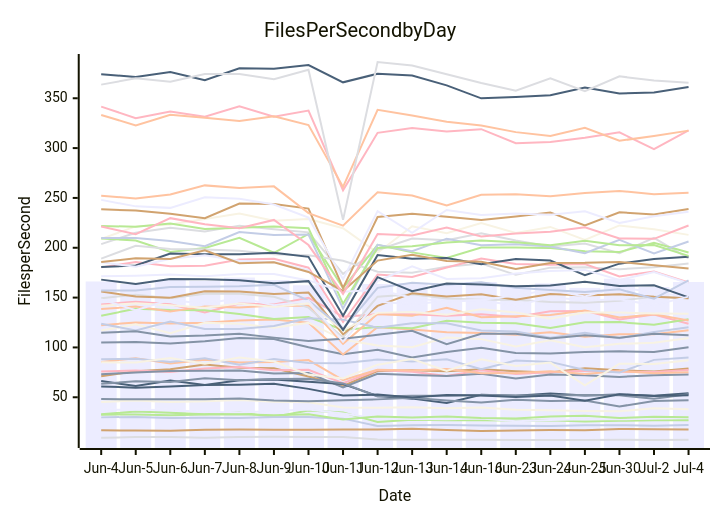
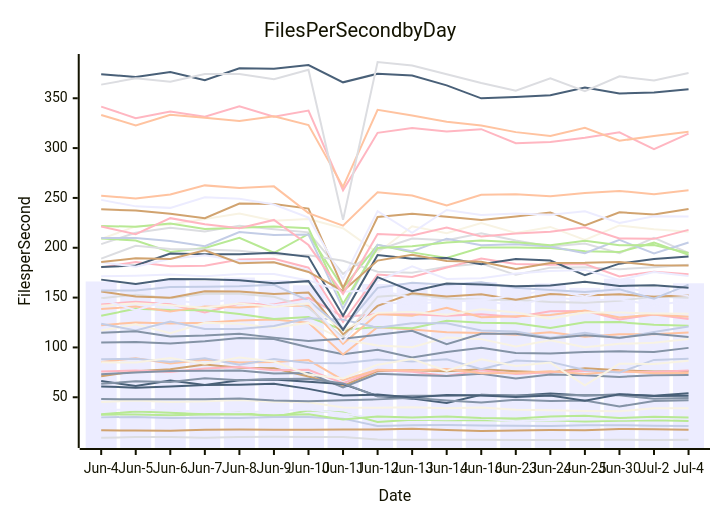
The diagram in perf-report.md (streetsidesoftware/cspell), drawn with Mermaid before and after one commit. The commit also changed other lines of this file and 1 other file, not shown here.

````diff
--- a/perf-report.md
+++ b/perf-report.md
@@ -10,57 +10,57 @@
 ```mermaid
 xychart-beta
     title Files Per Second by Day
     y-axis Files per Second
     x-axis Date [Jun-4, Jun-5, Jun-6, Jun-7, Jun-8, Jun-9, Jun-10, Jun-11, Jun-12, Jun-13, Jun-14, Jun-16, Jun-23, Jun-24, Jun-25, Jun-30, Jul-2, Jul-4]
-    bar [166.18, 163.49, 167.64, 166.67, 170.13, 167.55, 162.35, 108.94, 163.62, 164.52, 162.91, 165.65, 161.06, 164.28, 159.75, 168.95, 160.66, 165.65]
-    line [104.91, 105.40, 103.85, 106.22, 109.49, 108.40, 100.17, 93.09, 97.72, 89.92, 95.33, 99.63, 94.35, 94.02, 95.44, 96.15, 95.34, 100.21]
-    line [122.32, 125.12, 124.06, 124.88, 126.90, 127.99, 124.73, 92.95, 120.36, 118.07, 115.35, 114.38, 112.71, 115.12, 110.67, 113.20, 113.18, 117.12]
-    line [9.28, 10.06, 10.19, 9.49, 10.16, 10.41, 10.23, 10.15, 7.58, 7.35, 7.42, 7.28, 7.12, 7.22, 7.17, 7.37, 7.23, 7.48]
-    line [32.93, 35.76, 34.34, 33.08, 34.79, 30.45, 36.74, 34.61, 25.22, 27.49, 26.99, 26.84, 26.60, 26.95, 25.71, 26.35, 26.84, 26.87]
-    line [71.14, 76.14, 78.15, 82.81, 79.64, 79.01, 70.82, 61.30, 76.37, 77.13, 76.03, 78.06, 76.22, 74.88, 79.14, 76.99, 75.88, 78.97]
-    line [29.82, 30.31, 29.19, 29.49, 29.31, 30.11, 30.11, 28.55, 21.08, 22.04, 22.18, 21.66, 21.30, 21.15, 22.00, 21.90, 21.51, 22.23]
-    line [75.74, 76.85, 75.23, 78.81, 80.33, 77.10, 77.48, 64.05, 77.39, 75.61, 71.46, 77.16, 73.34, 75.14, 76.59, 75.51, 75.45, 77.33]
-    line [373.98, 371.38, 376.26, 368.01, 380.10, 379.55, 383.29, 365.99, 374.63, 372.72, 362.93, 349.94, 351.35, 353.13, 360.69, 354.83, 355.80, 361.35]
-    line [208.94, 221.41, 223.40, 228.84, 234.29, 227.02, 228.77, 219.57, 195.02, 221.53, 214.60, 224.77, 214.79, 220.92, 207.92, 222.39, 218.49, 212.92]
-    line [37.31, 37.44, 37.24, 35.30, 34.77, 36.25, 37.82, 33.71, 28.61, 28.16, 28.05, 28.76, 25.82, 27.29, 28.03, 27.82, 28.74, 29.25]
-    line [73.11, 74.81, 76.32, 76.71, 76.80, 73.74, 74.27, 59.93, 73.62, 72.46, 71.40, 73.58, 68.82, 72.77, 72.13, 70.38, 72.17, 72.77]
-    line [85.47, 89.21, 83.88, 87.59, 84.94, 85.33, 87.27, 67.23, 77.70, 76.81, 78.39, 74.00, 74.26, 76.13, 73.45, 76.23, 74.07, 75.16]
-    line [203.68, 215.12, 220.07, 216.34, 222.20, 218.63, 215.45, 173.74, 197.78, 209.33, 207.61, 214.45, 207.28, 201.26, 204.34, 194.65, 210.00, 189.35]
-    line [209.34, 207.30, 195.72, 199.83, 209.95, 194.96, 213.85, 159.52, 202.89, 195.38, 189.84, 200.33, 200.19, 199.73, 196.39, 195.67, 205.11, 195.27]
-    line [238.54, 237.31, 234.14, 229.58, 244.42, 243.79, 239.33, 159.65, 230.81, 234.11, 231.13, 227.87, 231.36, 235.26, 222.40, 235.59, 233.45, 238.83]
-    line [88.02, 88.72, 85.27, 89.11, 82.67, 88.45, 84.36, 84.11, 87.88, 85.81, 88.09, 78.16, 86.88, 85.49, 77.34, 74.76, 87.51, 89.86]
-    line [143.16, 145.94, 143.30, 134.96, 144.03, 143.02, 149.83, 130.69, 133.43, 133.31, 131.91, 133.18, 130.59, 136.24, 136.67, 127.99, 132.91, 123.67]
-    line [66.39, 61.22, 66.87, 62.38, 67.14, 67.89, 65.57, 63.26, 51.25, 48.63, 44.36, 52.41, 51.44, 53.68, 51.84, 52.69, 51.50, 54.05]
-    line [116.92, 123.22, 114.34, 124.65, 123.68, 119.64, 124.80, 107.83, 101.96, 100.16, 109.91, 108.33, 100.84, 107.27, 100.09, 103.62, 104.63, 109.46]
-    line [248.05, 241.53, 240.02, 250.72, 249.07, 243.35, 230.21, 168.52, 236.78, 215.01, 237.87, 232.93, 234.34, 233.01, 236.58, 224.78, 231.59, 236.06]
-    line [63.49, 66.01, 65.37, 69.17, 67.00, 68.40, 68.60, 63.88, 50.72, 51.41, 51.47, 52.39, 51.73, 51.82, 52.39, 52.00, 48.43, 53.00]
-    line [252.30, 249.54, 253.41, 262.59, 260.07, 261.63, 234.80, 222.16, 255.69, 252.37, 242.53, 253.26, 253.77, 251.67, 255.05, 257.07, 253.64, 255.15]
-    line [189.06, 201.96, 198.84, 198.16, 197.09, 193.40, 192.55, 186.93, 176.04, 174.92, 181.06, 184.11, 172.84, 180.05, 180.38, 178.52, 180.47, 184.19]
-    line [131.72, 138.89, 137.60, 137.33, 133.44, 128.55, 130.54, 117.59, 120.60, 119.36, 126.68, 124.68, 124.29, 119.55, 125.16, 125.39, 122.70, 128.33]
-    line [16.78, 16.53, 16.44, 17.51, 17.66, 17.41, 17.50, 17.71, 17.68, 18.34, 17.12, 16.25, 16.59, 17.11, 17.00, 18.16, 17.94, 17.60]
-    line [209.74, 209.84, 206.76, 201.57, 215.78, 212.77, 213.18, 139.00, 202.99, 196.51, 209.12, 202.60, 203.46, 201.26, 194.60, 207.89, 194.40, 206.30]
-    line [180.33, 185.60, 181.36, 181.92, 188.23, 188.91, 180.00, 125.49, 173.22, 170.75, 180.24, 189.10, 183.71, 182.95, 183.62, 171.28, 176.05, 165.17]
-    line [180.81, 182.21, 194.17, 193.46, 193.48, 195.01, 190.90, 131.77, 192.67, 189.08, 189.64, 183.39, 188.80, 187.17, 172.53, 184.06, 188.67, 191.08]
-    line [45.18, 46.69, 45.37, 46.01, 47.36, 45.48, 45.06, 39.72, 39.47, 40.00, 39.07, 39.70, 37.48, 36.99, 36.10, 35.86, 38.94, 37.99]
-    line [185.43, 180.94, 188.95, 192.45, 187.05, 185.74, 177.64, 118.63, 166.53, 181.43, 168.60, 169.42, 174.24, 176.57, 177.80, 167.68, 175.75, 164.40]
-    line [48.30, 47.93, 47.89, 48.02, 48.77, 46.64, 45.94, 46.92, 47.88, 49.42, 46.70, 44.72, 47.61, 46.18, 46.86, 40.79, 46.17, 46.96]
-    line [138.53, 141.10, 136.12, 141.18, 140.04, 142.05, 141.88, 103.59, 133.58, 131.67, 139.76, 130.35, 131.39, 132.60, 136.92, 129.95, 133.16, 126.99]
-    line [149.33, 152.93, 149.35, 153.74, 153.91, 150.81, 139.91, 110.07, 150.95, 153.45, 149.19, 147.76, 147.78, 145.47, 144.87, 146.87, 151.06, 149.11]
-    line [221.77, 221.19, 224.37, 218.89, 220.13, 221.21, 219.70, 143.90, 199.78, 201.47, 205.17, 207.22, 205.60, 202.43, 207.02, 202.54, 202.72, 191.83]
-    line [156.03, 151.19, 149.91, 156.27, 156.23, 153.60, 155.11, 113.07, 141.70, 154.36, 151.21, 153.33, 147.83, 153.51, 152.15, 153.26, 150.82, 149.42]
-    line [123.79, 117.07, 125.94, 118.40, 118.39, 121.53, 129.30, 127.90, 119.77, 124.29, 124.35, 117.01, 116.01, 109.65, 114.81, 109.29, 115.47, 120.20]
-    line [341.58, 330.05, 336.69, 331.37, 341.98, 331.53, 337.68, 257.72, 315.29, 320.05, 316.70, 318.97, 304.83, 306.07, 310.41, 315.81, 298.93, 317.87]
-    line [60.87, 59.62, 60.76, 62.31, 62.61, 63.50, 58.41, 51.82, 52.68, 49.85, 52.20, 51.85, 50.23, 51.87, 46.40, 53.06, 51.19, 52.05]
-    line [141.73, 144.23, 142.34, 139.73, 144.07, 140.57, 144.39, 117.16, 134.67, 135.55, 132.71, 138.18, 135.01, 128.78, 135.00, 135.05, 134.05, 133.68]
-    line [171.41, 171.98, 173.13, 171.37, 173.71, 173.55, 167.26, 155.87, 157.93, 149.82, 145.84, 147.63, 152.29, 157.67, 151.07, 160.69, 154.94, 151.39]
-    line [114.82, 116.20, 110.99, 111.90, 113.82, 109.84, 106.42, 108.66, 112.63, 116.73, 103.14, 113.74, 113.71, 108.86, 112.34, 109.73, 113.68, 112.34]
-    line [333.26, 322.71, 333.34, 330.40, 327.16, 331.90, 323.14, 261.07, 338.35, 332.69, 326.37, 322.64, 316.02, 312.10, 320.45, 307.34, 312.08, 317.53]
-    line [363.68, 370.07, 366.52, 374.25, 374.25, 369.07, 378.68, 227.98, 386.38, 382.81, 374.09, 365.35, 357.60, 370.08, 357.07, 371.96, 367.90, 365.47]
-    line [32.51, 32.67, 32.05, 32.77, 33.08, 31.95, 32.91, 27.58, 30.74, 29.76, 30.63, 29.07, 28.80, 30.64, 31.41, 29.25, 30.37, 29.89]
-    line [185.74, 189.51, 188.80, 197.42, 184.56, 185.39, 175.70, 156.70, 187.10, 192.94, 186.79, 186.02, 178.80, 184.67, 184.84, 185.79, 182.56, 179.17]
-    line [157.04, 157.22, 160.62, 160.99, 161.40, 162.90, 146.98, 118.64, 159.81, 164.92, 162.77, 165.48, 159.81, 157.56, 155.70, 158.25, 148.90, 167.35]
-    line [221.25, 213.65, 229.70, 223.48, 219.68, 227.92, 202.72, 153.79, 213.73, 212.23, 220.18, 211.27, 214.37, 216.02, 220.47, 209.37, 208.94, 222.33]
-    line [168.03, 163.74, 168.68, 168.50, 167.45, 164.46, 166.51, 117.60, 170.47, 156.38, 164.16, 163.15, 161.29, 162.24, 165.87, 161.72, 162.26, 150.17]
-    line [85.09, 84.81, 89.37, 83.72, 89.94, 85.93, 72.73, 68.90, 82.72, 88.26, 76.41, 88.08, 81.29, 84.76, 61.88, 83.73, 83.48, 87.22]
-    line [148.06, 137.39, 147.79, 143.52, 149.79, 142.40, 146.80, 105.67, 145.87, 143.36, 146.61, 147.23, 141.81, 150.65, 147.20, 148.34, 142.33, 150.97]
+    bar [166.18, 163.49, 167.64, 166.67, 170.13, 167.55, 162.35, 108.94, 163.62, 164.52, 162.91, 165.65, 161.06, 164.28, 159.75, 168.95, 160.66, 164.38]
+    line [104.91, 105.40, 103.85, 106.22, 109.49, 108.40, 100.17, 93.09, 97.72, 89.92, 95.33, 99.63, 94.35, 94.02, 95.44, 96.15, 95.34, 99.55]
+    line [122.32, 125.12, 124.06, 124.88, 126.90, 127.99, 124.73, 92.95, 120.36, 118.07, 115.35, 114.38, 112.71, 115.12, 110.67, 113.20, 113.18, 115.07]
+    line [9.28, 10.06, 10.19, 9.49, 10.16, 10.41, 10.23, 10.15, 7.58, 7.35, 7.42, 7.28, 7.12, 7.22, 7.17, 7.37, 7.23, 7.36]
+    line [32.93, 35.76, 34.34, 33.08, 34.79, 30.45, 36.74, 34.61, 25.22, 27.49, 26.99, 26.84, 26.60, 26.95, 25.71, 26.35, 26.84, 26.11]
+    line [71.14, 76.14, 78.15, 82.81, 79.64, 79.01, 70.82, 61.30, 76.37, 77.13, 76.03, 78.06, 76.22, 74.88, 79.14, 76.99, 75.88, 76.09]
+    line [29.82, 30.31, 29.19, 29.49, 29.31, 30.11, 30.11, 28.55, 21.08, 22.04, 22.18, 21.66, 21.30, 21.15, 22.00, 21.90, 21.51, 21.13]
+    line [75.74, 76.85, 75.23, 78.81, 80.33, 77.10, 77.48, 64.05, 77.39, 75.61, 71.46, 77.16, 73.34, 75.14, 76.59, 75.51, 75.45, 76.79]
+    line [373.98, 371.38, 376.26, 368.01, 380.10, 379.55, 383.29, 365.99, 374.63, 372.72, 362.93, 349.94, 351.35, 353.13, 360.69, 354.83, 355.80, 359.03]
+    line [208.94, 221.41, 223.40, 228.84, 234.29, 227.02, 228.77, 219.57, 195.02, 221.53, 214.60, 224.77, 214.79, 220.92, 207.92, 222.39, 218.49, 216.06]
+    line [37.31, 37.44, 37.24, 35.30, 34.77, 36.25, 37.82, 33.71, 28.61, 28.16, 28.05, 28.76, 25.82, 27.29, 28.03, 27.82, 28.74, 29.48]
+    line [73.11, 74.81, 76.32, 76.71, 76.80, 73.74, 74.27, 59.93, 73.62, 72.46, 71.40, 73.58, 68.82, 72.77, 72.13, 70.38, 72.17, 72.40]
+    line [85.47, 89.21, 83.88, 87.59, 84.94, 85.33, 87.27, 67.23, 77.70, 76.81, 78.39, 74.00, 74.26, 76.13, 73.45, 76.23, 74.07, 74.35]
+    line [203.68, 215.12, 220.07, 216.34, 222.20, 218.63, 215.45, 173.74, 197.78, 209.33, 207.61, 214.45, 207.28, 201.26, 204.34, 194.65, 210.00, 194.85]
+    line [209.34, 207.30, 195.72, 199.83, 209.95, 194.96, 213.85, 159.52, 202.89, 195.38, 189.84, 200.33, 200.19, 199.73, 196.39, 195.67, 205.11, 192.90]
+    line [238.54, 237.31, 234.14, 229.58, 244.42, 243.79, 239.33, 159.65, 230.81, 234.11, 231.13, 227.87, 231.36, 235.26, 222.40, 235.59, 233.45, 238.97]
+    line [88.02, 88.72, 85.27, 89.11, 82.67, 88.45, 84.36, 84.11, 87.88, 85.81, 88.09, 78.16, 86.88, 85.49, 77.34, 74.76, 87.51, 88.59]
+    line [143.16, 145.94, 143.30, 134.96, 144.03, 143.02, 149.83, 130.69, 133.43, 133.31, 131.91, 133.18, 130.59, 136.24, 136.67, 127.99, 132.91, 128.52]
+    line [66.39, 61.22, 66.87, 62.38, 67.14, 67.89, 65.57, 63.26, 51.25, 48.63, 44.36, 52.41, 51.44, 53.68, 51.84, 52.69, 51.50, 53.98]
+    line [116.92, 123.22, 114.34, 124.65, 123.68, 119.64, 124.80, 107.83, 101.96, 100.16, 109.91, 108.33, 100.84, 107.27, 100.09, 103.62, 104.63, 108.43]
+    line [248.05, 241.53, 240.02, 250.72, 249.07, 243.35, 230.21, 168.52, 236.78, 215.01, 237.87, 232.93, 234.34, 233.01, 236.58, 224.78, 231.59, 231.28]
+    line [63.49, 66.01, 65.37, 69.17, 67.00, 68.40, 68.60, 63.88, 50.72, 51.41, 51.47, 52.39, 51.73, 51.82, 52.39, 52.00, 48.43, 49.22]
+    line [252.30, 249.54, 253.41, 262.59, 260.07, 261.63, 234.80, 222.16, 255.69, 252.37, 242.53, 253.26, 253.77, 251.67, 255.05, 257.07, 253.64, 257.67]
+    line [189.06, 201.96, 198.84, 198.16, 197.09, 193.40, 192.55, 186.93, 176.04, 174.92, 181.06, 184.11, 172.84, 180.05, 180.38, 178.52, 180.47, 182.90]
+    line [131.72, 138.89, 137.60, 137.33, 133.44, 128.55, 130.54, 117.59, 120.60, 119.36, 126.68, 124.68, 124.29, 119.55, 125.16, 125.39, 122.70, 121.73]
+    line [16.78, 16.53, 16.44, 17.51, 17.66, 17.41, 17.50, 17.71, 17.68, 18.34, 17.12, 16.25, 16.59, 17.11, 17.00, 18.16, 17.94, 17.30]
+    line [209.74, 209.84, 206.76, 201.57, 215.78, 212.77, 213.18, 139.00, 202.99, 196.51, 209.12, 202.60, 203.46, 201.26, 194.60, 207.89, 194.40, 205.29]
+    line [180.33, 185.60, 181.36, 181.92, 188.23, 188.91, 180.00, 125.49, 173.22, 170.75, 180.24, 189.10, 183.71, 182.95, 183.62, 171.28, 176.05, 173.54]
+    line [180.81, 182.21, 194.17, 193.46, 193.48, 195.01, 190.90, 131.77, 192.67, 189.08, 189.64, 183.39, 188.80, 187.17, 172.53, 184.06, 188.67, 191.18]
+    line [45.18, 46.69, 45.37, 46.01, 47.36, 45.48, 45.06, 39.72, 39.47, 40.00, 39.07, 39.70, 37.48, 36.99, 36.10, 35.86, 38.94, 38.99]
+    line [185.43, 180.94, 188.95, 192.45, 187.05, 185.74, 177.64, 118.63, 166.53, 181.43, 168.60, 169.42, 174.24, 176.57, 177.80, 167.68, 175.75, 171.75]
+    line [48.30, 47.93, 47.89, 48.02, 48.77, 46.64, 45.94, 46.92, 47.88, 49.42, 46.70, 44.72, 47.61, 46.18, 46.86, 40.79, 46.17, 47.03]
+    line [138.53, 141.10, 136.12, 141.18, 140.04, 142.05, 141.88, 103.59, 133.58, 131.67, 139.76, 130.35, 131.39, 132.60, 136.92, 129.95, 133.16, 130.87]
+    line [149.33, 152.93, 149.35, 153.74, 153.91, 150.81, 139.91, 110.07, 150.95, 153.45, 149.19, 147.76, 147.78, 145.47, 144.87, 146.87, 151.06, 149.73]
+    line [221.77, 221.19, 224.37, 218.89, 220.13, 221.21, 219.70, 143.90, 199.78, 201.47, 205.17, 207.22, 205.60, 202.43, 207.02, 202.54, 202.72, 194.67]
+    line [156.03, 151.19, 149.91, 156.27, 156.23, 153.60, 155.11, 113.07, 141.70, 154.36, 151.21, 153.33, 147.83, 153.51, 152.15, 153.26, 150.82, 152.56]
+    line [123.79, 117.07, 125.94, 118.40, 118.39, 121.53, 129.30, 127.90, 119.77, 124.29, 124.35, 117.01, 116.01, 109.65, 114.81, 109.29, 115.47, 121.09]
+    line [341.58, 330.05, 336.69, 331.37, 341.98, 331.53, 337.68, 257.72, 315.29, 320.05, 316.70, 318.97, 304.83, 306.07, 310.41, 315.81, 298.93, 314.56]
+    line [60.87, 59.62, 60.76, 62.31, 62.61, 63.50, 58.41, 51.82, 52.68, 49.85, 52.20, 51.85, 50.23, 51.87, 46.40, 53.06, 51.19, 51.40]
+    line [141.73, 144.23, 142.34, 139.73, 144.07, 140.57, 144.39, 117.16, 134.67, 135.55, 132.71, 138.18, 135.01, 128.78, 135.00, 135.05, 134.05, 133.73]
+    line [171.41, 171.98, 173.13, 171.37, 173.71, 173.55, 167.26, 155.87, 157.93, 149.82, 145.84, 147.63, 152.29, 157.67, 151.07, 160.69, 154.94, 152.23]
+    line [114.82, 116.20, 110.99, 111.90, 113.82, 109.84, 106.42, 108.66, 112.63, 116.73, 103.14, 113.74, 113.71, 108.86, 112.34, 109.73, 113.68, 110.37]
+    line [333.26, 322.71, 333.34, 330.40, 327.16, 331.90, 323.14, 261.07, 338.35, 332.69, 326.37, 322.64, 316.02, 312.10, 320.45, 307.34, 312.08, 316.35]
+    line [363.68, 370.07, 366.52, 374.25, 374.25, 369.07, 378.68, 227.98, 386.38, 382.81, 374.09, 365.35, 357.60, 370.08, 357.07, 371.96, 367.90, 375.27]
+    line [32.51, 32.67, 32.05, 32.77, 33.08, 31.95, 32.91, 27.58, 30.74, 29.76, 30.63, 29.07, 28.80, 30.64, 31.41, 29.25, 30.37, 29.62]
+    line [185.74, 189.51, 188.80, 197.42, 184.56, 185.39, 175.70, 156.70, 187.10, 192.94, 186.79, 186.02, 178.80, 184.67, 184.84, 185.79, 182.56, 182.17]
+    line [157.04, 157.22, 160.62, 160.99, 161.40, 162.90, 146.98, 118.64, 159.81, 164.92, 162.77, 165.48, 159.81, 157.56, 155.70, 158.25, 148.90, 163.02]
+    line [221.25, 213.65, 229.70, 223.48, 219.68, 227.92, 202.72, 153.79, 213.73, 212.23, 220.18, 211.27, 214.37, 216.02, 220.47, 209.37, 208.94, 217.94]
+    line [168.03, 163.74, 168.68, 168.50, 167.45, 164.46, 166.51, 117.60, 170.47, 156.38, 164.16, 163.15, 161.29, 162.24, 165.87, 161.72, 162.26, 159.82]
+    line [85.09, 84.81, 89.37, 83.72, 89.94, 85.93, 72.73, 68.90, 82.72, 88.26, 76.41, 88.08, 81.29, 84.76, 61.88, 83.73, 83.48, 86.69]
+    line [148.06, 137.39, 147.79, 143.52, 149.79, 142.40, 146.80, 105.67, 145.87, 143.36, 146.61, 147.23, 141.81, 150.65, 147.20, 148.34, 142.33, 146.88]
 ```
````
